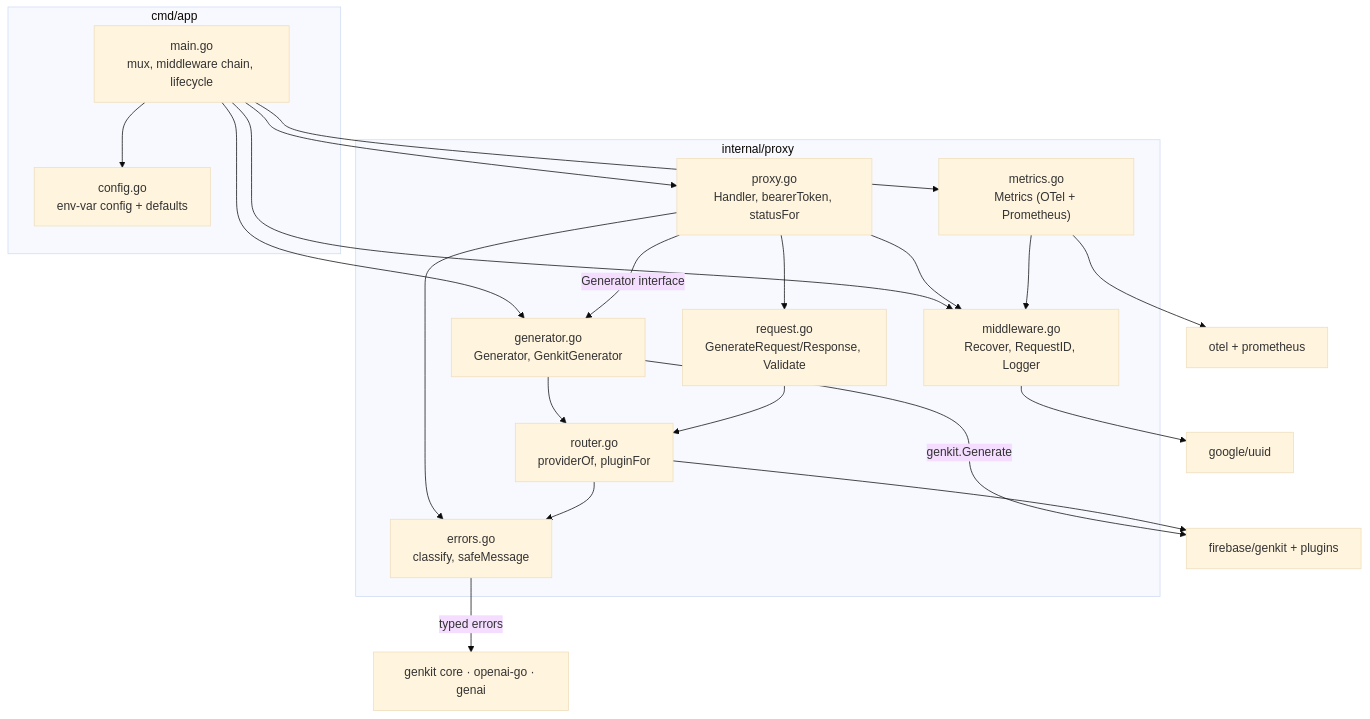
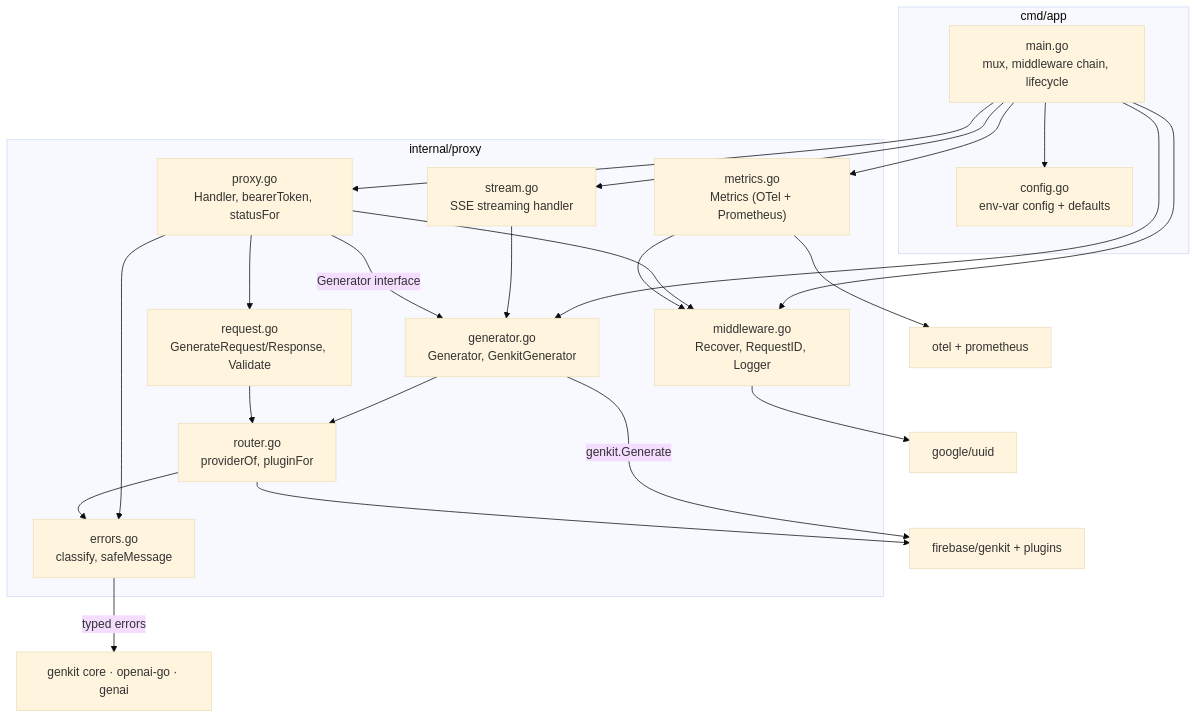
One commit to nicolapasqua99/genkit-proxy changed the second of 10 diagrams in docs/architecture.md. Above: the diagram before and after it, drawn with Mermaid (base theme). The commit also changed other lines of this file and 9 other files, not shown here.

First line of the commit message:
feat(proxy): add SSE streaming endpoint (#25)

````diff
--- a/docs/architecture.md
+++ b/docs/architecture.md
@@ -40,38 +40,41 @@
 ```mermaid
 graph TD
     subgraph cmd["cmd/app"]
         main["main.go<br/>mux, middleware chain, lifecycle"]
         config["config.go<br/>env-var config + defaults"]
     end
 
     subgraph pkg["internal/proxy"]
         handler["proxy.go<br/>Handler, bearerToken, statusFor"]
+        stream["stream.go<br/>SSE streaming handler"]
         mw["middleware.go<br/>Recover, RequestID, Logger"]
         metrics["metrics.go<br/>Metrics (OTel + Prometheus)"]
         gen["generator.go<br/>Generator, GenkitGenerator"]
         router["router.go<br/>providerOf, pluginFor"]
         req["request.go<br/>GenerateRequest/Response, Validate"]
         errs["errors.go<br/>classify, safeMessage"]
     end
 
     main --> config
     main --> handler
+    main --> stream
     main --> mw
     main --> metrics
     main --> gen
 
     handler --> req
     handler --> errs
     handler --> mw
+    stream --> gen
     handler -->|"Generator interface"| gen
     gen --> router
     req --> router
     router --> errs
     metrics --> mw
 
     gen -->|"genkit.Generate"| genkit["firebase/genkit + plugins"]
     router --> genkit
     errs -->|typed errors| sdks["genkit core · openai-go · genai"]
     metrics --> otel["otel + prometheus"]
     mw --> uuid["google/uuid"]
 ```
````
